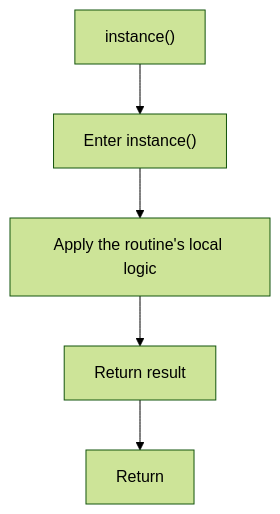
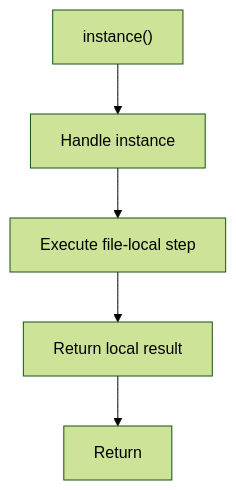
Before and after one commit to JohnAndrewBalbarosa/NeoTerritory: the third of 7 diagrams in docs/Codebase/LegacyPatternTransformSamples/legacy_singleton_to_factory_sample.cpp.md, drawn with Mermaid (forest theme). The commit also changed other lines of this file and 915 other files, not shown here.

````diff
--- a/docs/Codebase/LegacyPatternTransformSamples/legacy_singleton_to_factory_sample.cpp.md
+++ b/docs/Codebase/LegacyPatternTransformSamples/legacy_singleton_to_factory_sample.cpp.md
@@ -98,12 +97,12 @@
 ```mermaid
 flowchart TD
     Start["instance()"]
-    N0["Enter instance()"]
-    N1["Apply the routine's local logic"]
-    N2["Return result"]
+    N0["Handle instance"]
+    N1["Execute file-local step"]
+    N2["Return local result"]
     End["Return"]
     Start --> N0
     N0 --> N1
     N1 --> N2
     N2 --> End
 ```
````
